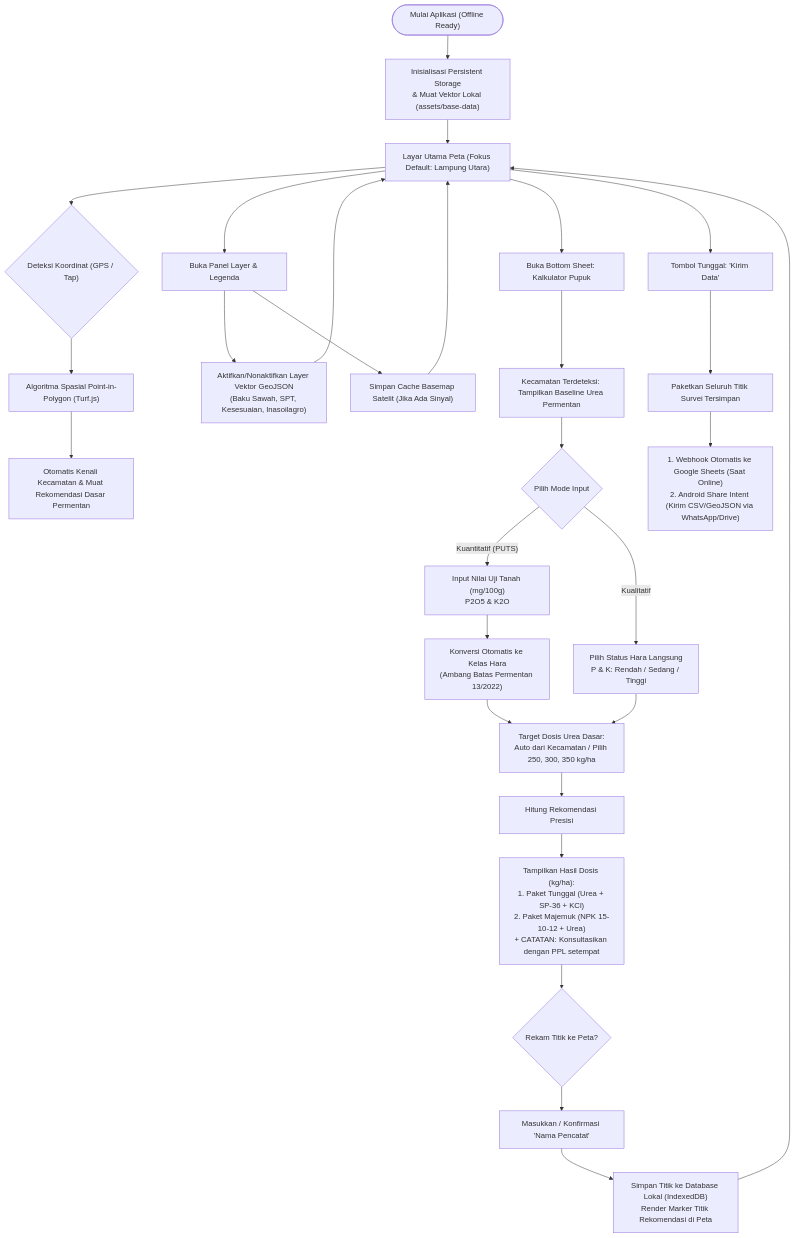
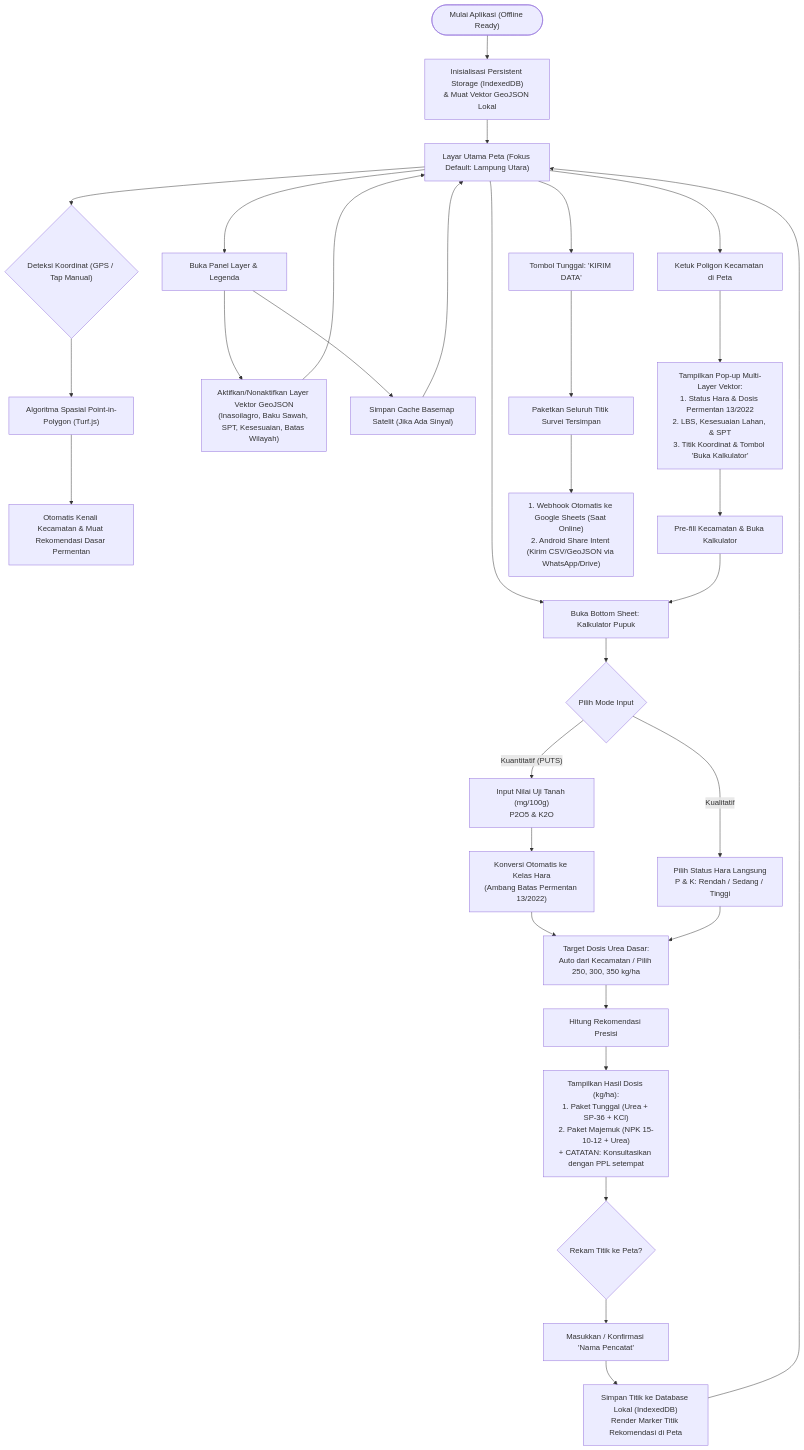
One commit to afifuddin212/pupuk-presisi-padi changed the diagram in IMPLEMENTATION_PLAN.md. Above: the diagram before and after it, drawn with Mermaid. The commit also changed other lines of this file and 1 other file, not shown here.

````diff
--- a/IMPLEMENTATION_PLAN.md
+++ b/IMPLEMENTATION_PLAN.md
@@ -83,44 +65,49 @@
 ```mermaid
 flowchart TD
-    Start(["Mulai Aplikasi (Offline Ready)"]) --> Init["Inisialisasi Persistent Storage<br/>& Muat Vektor Lokal (assets/base-data)"]
+    Start(["Mulai Aplikasi (Offline Ready)"]) --> Init["Inisialisasi Persistent Storage (IndexedDB)<br/>& Muat Vektor GeoJSON Lokal"]
     Init --> MainMap["Layar Utama Peta (Fokus Default: Lampung Utara)"]
 
     %% Deteksi Lokasi & Kecamatan
-    MainMap --> LocCheck{"Deteksi Koordinat (GPS / Tap)"}
+    MainMap --> LocCheck{"Deteksi Koordinat (GPS / Tap Manual)"}
     LocCheck --> PIP["Algoritma Spasial Point-in-Polygon (Turf.js)"]
     PIP --> KecFound["Otomatis Kenali Kecamatan & Muat Rekomendasi Dasar Permentan"]
 
     %% Cabang Peta & Layer
     MainMap --> ActLayer["Buka Panel Layer & Legenda"]
-    ActLayer --> ToggleVec["Aktifkan/Nonaktifkan Layer Vektor GeoJSON<br/>(Baku Sawah, SPT, Kesesuaian, Inasoilagro)"]
+    ActLayer --> ToggleVec["Aktifkan/Nonaktifkan Layer Vektor GeoJSON<br/>(Inasoilagro, Baku Sawah, SPT, Kesesuaian, Batas Wilayah)"]
     ActLayer --> CacheMap["Simpan Cache Basemap Satelit (Jika Ada Sinyal)"]
     ToggleVec --> MainMap
     CacheMap --> MainMap
 
+    %% Pop-up Poligon Interaktif
+    MainMap --> TapPoly["Ketuk Poligon Kecamatan di Peta"]
+    TapPoly --> PolyPopup["Tampilkan Pop-up Multi-Layer Vektor:<br/>1. Status Hara & Dosis Permentan 13/2022<br/>2. LBS, Kesesuaian Lahan, & SPT<br/>3. Titik Koordinat & Tombol 'Buka Kalkulator'"]
+    PolyPopup --> OpenCalcFromPoly["Pre-fill Kecamatan & Buka Kalkulator"]
+
     %% Cabang Kalkulator Pemupukan
     MainMap --> OpenCalc["Buka Bottom Sheet: Kalkulator Pupuk"]
-    OpenCalc --> SetKec["Kecamatan Terdeteksi: Tampilkan Baseline Urea Permentan"]
-    SetKec --> ChooseMode{"Pilih Mode Input"}
+    OpenCalcFromPoly --> OpenCalc
+    OpenCalc --> ChooseMode{"Pilih Mode Input"}
 
     ChooseMode -->|"Kualitatif"| InputQual["Pilih Status Hara Langsung<br/>P & K: Rendah / Sedang / Tinggi"]
     ChooseMode -->|"Kuantitatif (PUTS)"| InputQuan["Input Nilai Uji Tanah (mg/100g)<br/>P2O5 & K2O"]
     InputQuan --> AutoConvert["Konversi Otomatis ke Kelas Hara<br/>(Ambang Batas Permentan 13/2022)"]
     AutoConvert --> ChooseTarget
 
     InputQual --> ChooseTarget["Target Dosis Urea Dasar:<br/>Auto dari Kecamatan / Pilih 250, 300, 350 kg/ha"]
     ChooseTarget --> GenRec["Hitung Rekomendasi Presisi"]
 
     GenRec --> ViewOut["Tampilkan Hasil Dosis (kg/ha):<br/>1. Paket Tunggal (Urea + SP-36 + KCl)<br/>2. Paket Majemuk (NPK 15-10-12 + Urea)<br/>+ CATATAN: Konsultasikan dengan PPL setempat"]
 
     %% Perekaman Spasial
     ViewOut --> SaveLoc{"Rekam Titik ke Peta?"}
     SaveLoc --> InputSurveyor["Masukkan / Konfirmasi 'Nama Pencatat'"]
     InputSurveyor --> StoreLocal["Simpan Titik ke Database Lokal (IndexedDB)<br/>Render Marker Titik Rekomendasi di Peta"]
 
     StoreLocal --> MainMap
 
     %% Interaksi Titik & Ekspor Terpadu
-    MainMap --> BatchExport["Tombol Tunggal: 'Kirim Data'"]
+    MainMap --> BatchExport["Tombol Tunggal: 'KIRIM DATA'"]
     BatchExport --> ProcessAll["Paketkan Seluruh Titik Survei Tersimpan"]
     ProcessAll --> SendDual["1. Webhook Otomatis ke Google Sheets (Saat Online)<br/>2. Android Share Intent (Kirim CSV/GeoJSON via WhatsApp/Drive)"]
 ```
````
